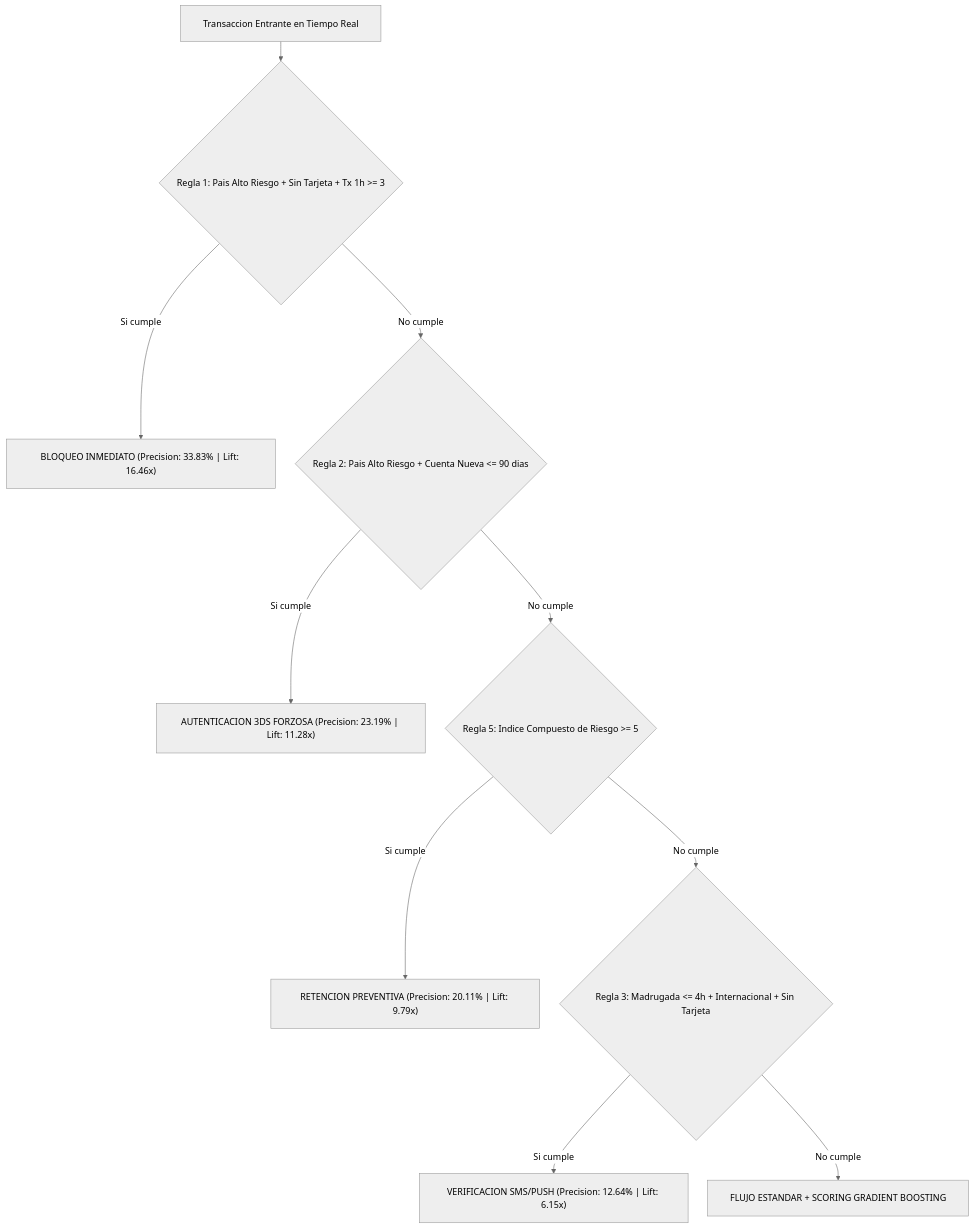
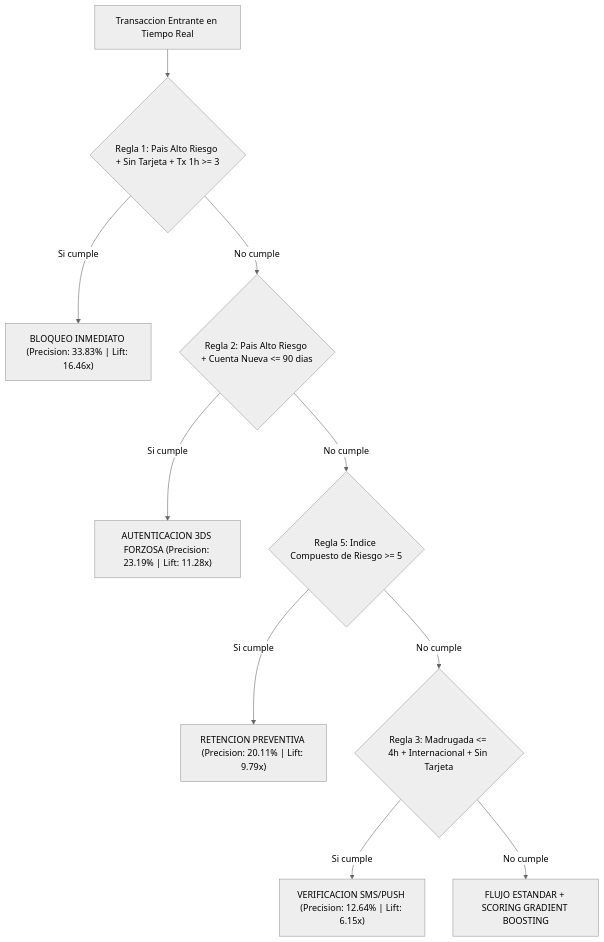
Before and after one commit to RACM-IA-DataScience/Deteccion_Automatizada_de_Fraude_Descubrimiento_de_Anomalias_y_Reglas_de_Decision: the second of 2 diagrams in README.md, drawn with Mermaid (neutral theme). The commit also changed other lines of this file and 26 other files, not shown here.

````diff
--- a/README.md
+++ b/README.md
@@ -155,13 +191,13 @@
 ```mermaid
-%%{init: {'flowchart': {'padding': 20, 'nodeSpacing': 35, 'rankSpacing': 35, 'wrappingWidth': 400}}}%%
+%%{init: {'flowchart': {'look': {neo: {'padding': 20, 'nodeSpacing': 35, 'rankSpacing': 35, 'wrappingWidth': 400}}}}}%%
 flowchart TD
     TX["Transaccion Entrante en Tiempo Real"] --> R1{"Regla 1: Pais Alto Riesgo + Sin Tarjeta + Tx 1h >= 3"}
     R1 -- "Si cumple" --> A1["BLOQUEO INMEDIATO (Precision: 33.83% | Lift: 16.46x)"]
     R1 -- "No cumple" --> R2{"Regla 2: Pais Alto Riesgo + Cuenta Nueva <= 90 dias"}
     R2 -- "Si cumple" --> A2["AUTENTICACION 3DS FORZOSA (Precision: 23.19% | Lift: 11.28x)"]
     R2 -- "No cumple" --> R5{"Regla 5: Indice Compuesto de Riesgo >= 5"}
     R5 -- "Si cumple" --> A3["RETENCION PREVENTIVA (Precision: 20.11% | Lift: 9.79x)"]
     R5 -- "No cumple" --> R3{"Regla 3: Madrugada <= 4h + Internacional + Sin Tarjeta"}
     R3 -- "Si cumple" --> A4["VERIFICACION SMS/PUSH (Precision: 12.64% | Lift: 6.15x)"]
     R3 -- "No cumple" --> OK[" FLUJO ESTANDAR + SCORING GRADIENT BOOSTING"]
 ```
````
